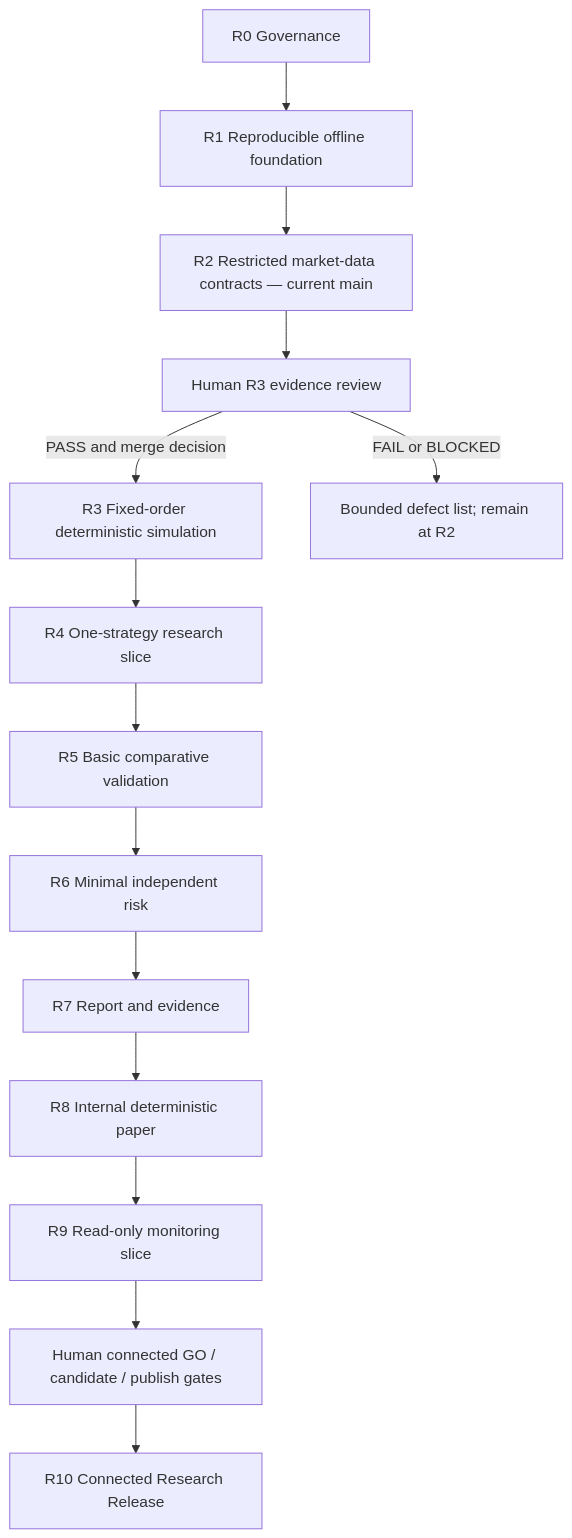
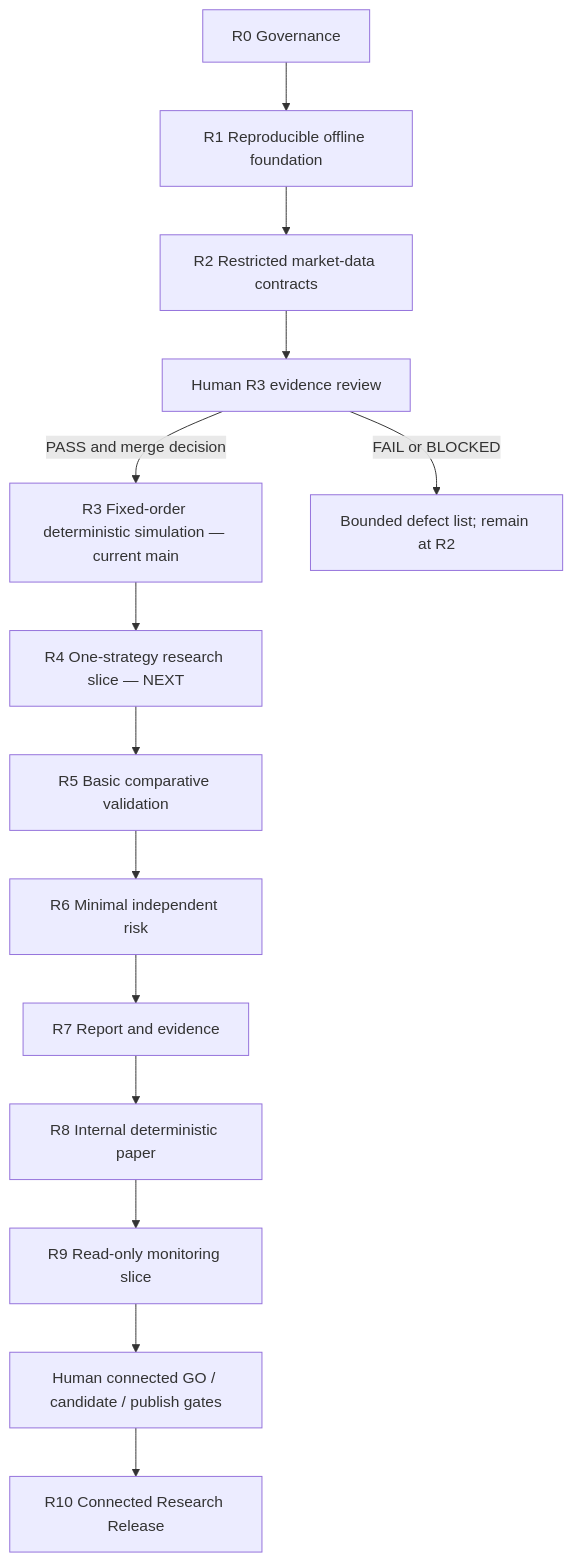
The diagram in docs/roadmap/release-ladder.md (EngelN9/TradeGuard), drawn with Mermaid before and after one commit. The commit also changed other lines of this file and 10 other files, not shown here.

````diff
--- a/docs/roadmap/release-ladder.md
+++ b/docs/roadmap/release-ladder.md
@@ -59,16 +61,16 @@
 ```mermaid
 flowchart TD
   R0["R0 Governance"] --> R1["R1 Reproducible offline foundation"]
-  R1 --> R2["R2 Restricted market-data contracts — current main"]
+  R1 --> R2["R2 Restricted market-data contracts"]
   R2 --> H3["Human R3 evidence review"]
-  H3 -->|PASS and merge decision| R3["R3 Fixed-order deterministic simulation"]
+  H3 -->|PASS and merge decision| R3["R3 Fixed-order deterministic simulation — current main"]
   H3 -->|FAIL or BLOCKED| FIX["Bounded defect list; remain at R2"]
-  R3 --> R4["R4 One-strategy research slice"]
+  R3 --> R4["R4 One-strategy research slice — NEXT"]
   R4 --> R5["R5 Basic comparative validation"]
   R5 --> R6["R6 Minimal independent risk"]
   R6 --> R7["R7 Report and evidence"]
   R7 --> R8["R8 Internal deterministic paper"]
   R8 --> R9["R9 Read-only monitoring slice"]
   R9 --> G10["Human connected GO / candidate / publish gates"]
   G10 --> R10["R10 Connected Research Release"]
 ```
````
